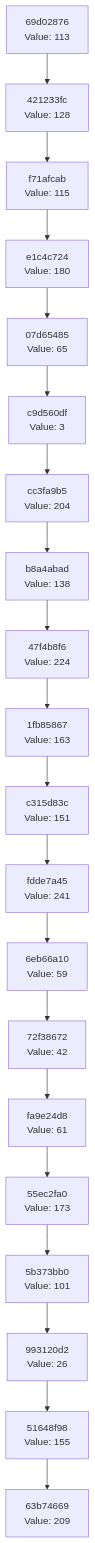
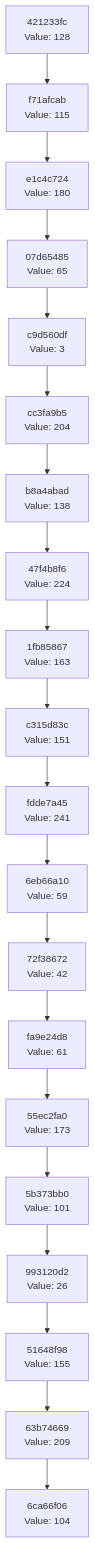
Before and after one commit to Abhisheksinha1506/hash-chain-evolver: the diagram in docs/CHAIN_VISUALIZATION.md, drawn with Mermaid. The commit also changed 3 other files, not shown here.

````diff
--- a/docs/CHAIN_VISUALIZATION.md
+++ b/docs/CHAIN_VISUALIZATION.md
@@ -3,42 +3,42 @@
 ```mermaid
 graph TD
-    C0["63b74669<br/>Value: 209"]
-    C1["51648f98<br/>Value: 155"]
+    C0["6ca66f06<br/>Value: 104"]
+    C1["63b74669<br/>Value: 209"]
     C1 --> C0
-    C2["993120d2<br/>Value: 26"]
+    C2["51648f98<br/>Value: 155"]
     C2 --> C1
-    C3["5b373bb0<br/>Value: 101"]
+    C3["993120d2<br/>Value: 26"]
     C3 --> C2
-    C4["55ec2fa0<br/>Value: 173"]
+    C4["5b373bb0<br/>Value: 101"]
     C4 --> C3
-    C5["fa9e24d8<br/>Value: 61"]
+    C5["55ec2fa0<br/>Value: 173"]
     C5 --> C4
-    C6["72f38672<br/>Value: 42"]
+    C6["fa9e24d8<br/>Value: 61"]
     C6 --> C5
-    C7["6eb66a10<br/>Value: 59"]
+    C7["72f38672<br/>Value: 42"]
     C7 --> C6
-    C8["fdde7a45<br/>Value: 241"]
+    C8["6eb66a10<br/>Value: 59"]
     C8 --> C7
-    C9["c315d83c<br/>Value: 151"]
+    C9["fdde7a45<br/>Value: 241"]
     C9 --> C8
-    C10["1fb85867<br/>Value: 163"]
+    C10["c315d83c<br/>Value: 151"]
     C10 --> C9
-    C11["47f4b8f6<br/>Value: 224"]
+    C11["1fb85867<br/>Value: 163"]
     C11 --> C10
-    C12["b8a4abad<br/>Value: 138"]
+    C12["47f4b8f6<br/>Value: 224"]
     C12 --> C11
-    C13["cc3fa9b5<br/>Value: 204"]
+    C13["b8a4abad<br/>Value: 138"]
     C13 --> C12
-    C14["c9d560df<br/>Value: 3"]
+    C14["cc3fa9b5<br/>Value: 204"]
     C14 --> C13
-    C15["07d65485<br/>Value: 65"]
+    C15["c9d560df<br/>Value: 3"]
     C15 --> C14
-    C16["e1c4c724<br/>Value: 180"]
+    C16["07d65485<br/>Value: 65"]
     C16 --> C15
-    C17["f71afcab<br/>Value: 115"]
+    C17["e1c4c724<br/>Value: 180"]
     C17 --> C16
-    C18["421233fc<br/>Value: 128"]
+    C18["f71afcab<br/>Value: 115"]
     C18 --> C17
-    C19["69d02876<br/>Value: 113"]
+    C19["421233fc<br/>Value: 128"]
     C19 --> C18
 ```
````
